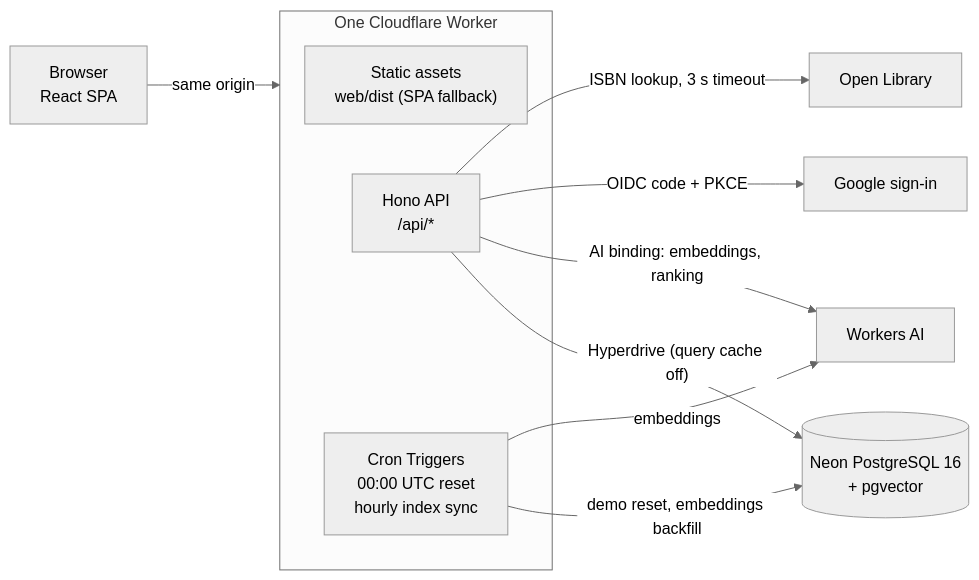
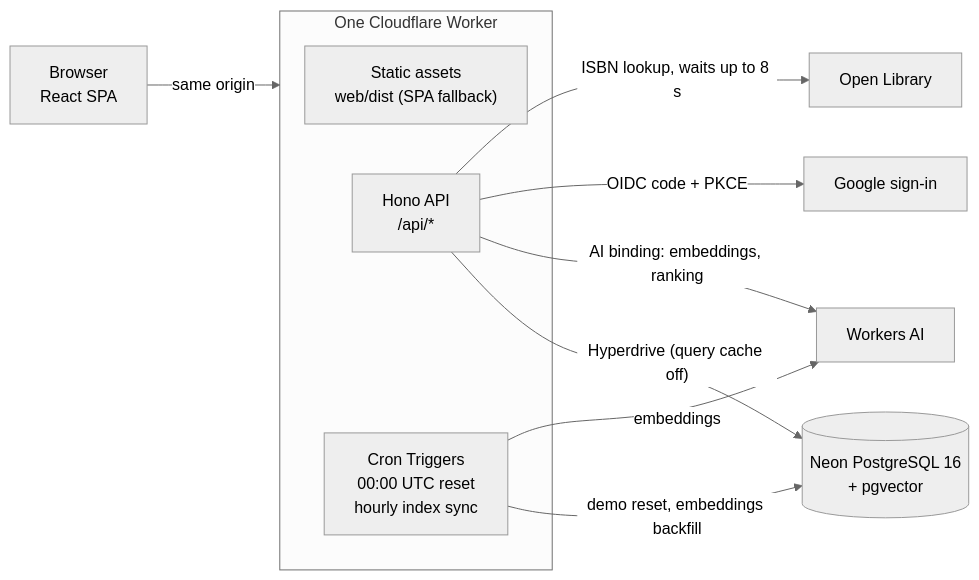
Before and after one commit to ahmedoraby-eng/smart-library-management-system: the diagram in docs/architecture.md, drawn with Mermaid (neutral theme). The commit also changed 10 other files, not shown here.

First line of the commit message:
SLM-13: ISBN lookup waits 8 s for Open Library (was 3 s)

````diff
--- a/docs/architecture.md
+++ b/docs/architecture.md
@@ -7,15 +7,15 @@
 ```mermaid
 flowchart LR
   B["Browser<br/>React SPA"] -->|"same origin"| W
   subgraph W["One Cloudflare Worker"]
     A["Static assets<br/>web/dist (SPA fallback)"]
     H["Hono API<br/>/api/*"]
     C["Cron Triggers<br/>00:00 UTC reset<br/>hourly index sync"]
   end
   H -->|"Hyperdrive (query cache off)"| N[("Neon PostgreSQL 16<br/>+ pgvector")]
   C -->|"demo reset, embeddings backfill"| N
   H -->|"AI binding: embeddings, ranking"| AI["Workers AI"]
   C -->|"embeddings"| AI
   H -->|"OIDC code + PKCE"| G["Google sign-in"]
-  H -->|"ISBN lookup, 3 s timeout"| OL["Open Library"]
+  H -->|"ISBN lookup, waits up to 8 s"| OL["Open Library"]
 ```
````
